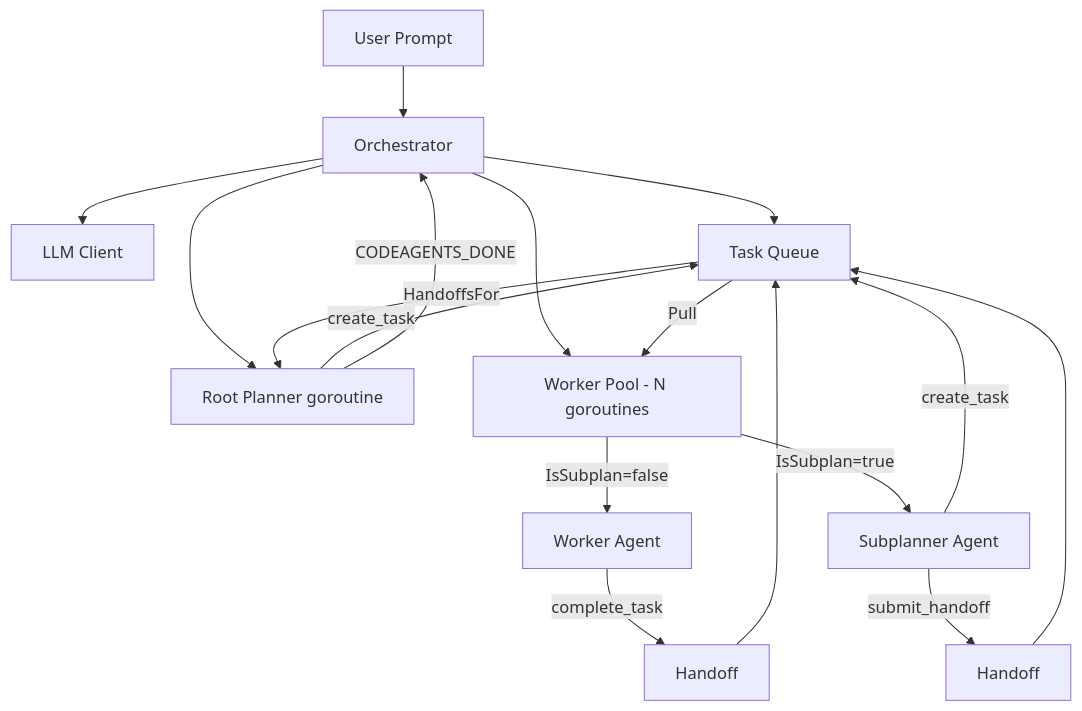
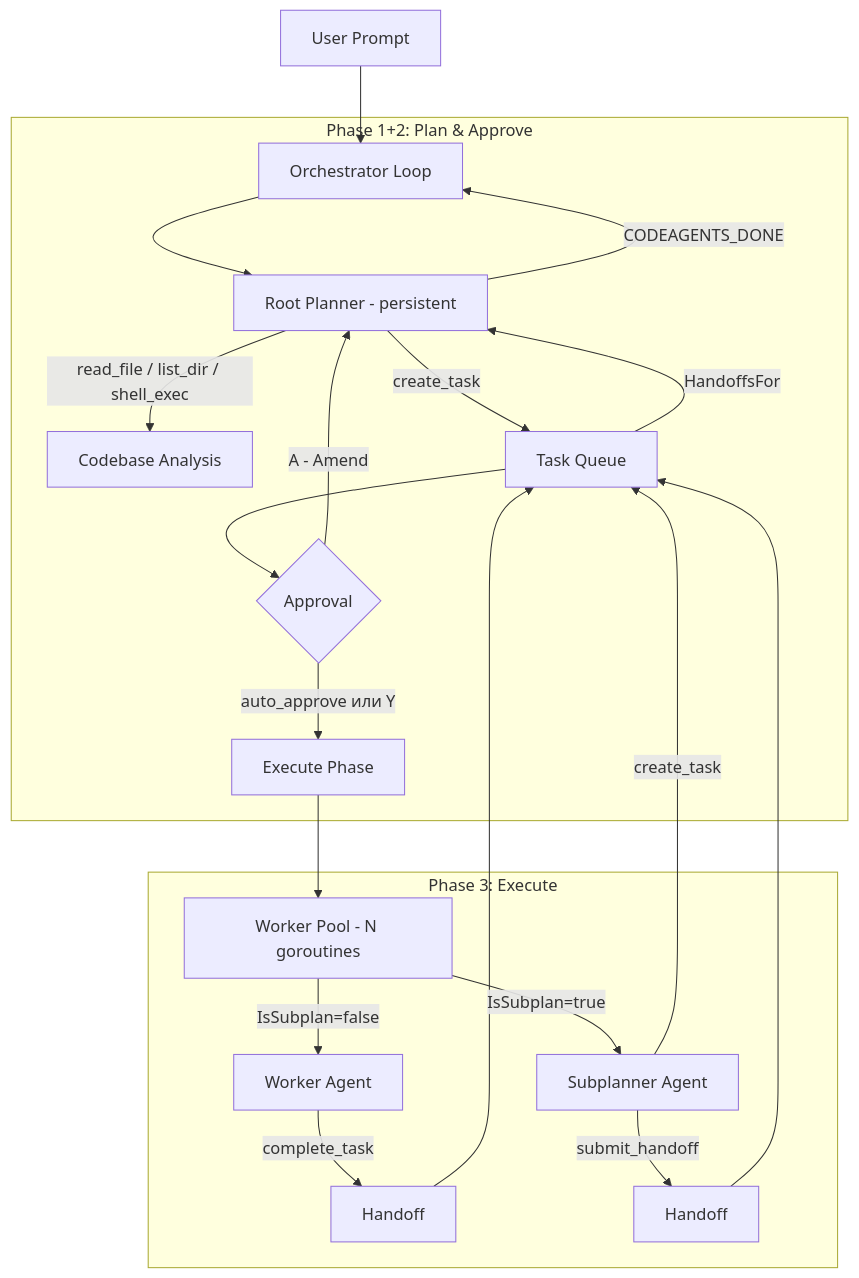
The first of 2 diagrams in docs/architecture.md (kelnmaari/code-agents), drawn with Mermaid before and after one commit. The commit also changed 3 other files, not shown here.

````diff
--- a/docs/architecture.md
+++ b/docs/architecture.md
@@ -61,24 +61,28 @@
 ```mermaid
 graph TD
-    UP[User Prompt] --> O[Orchestrator]
-    O --> LC[LLM Client]
-    O --> TQ[Task Queue]
-    O --> RP[Root Planner goroutine]
-    O --> WP[Worker Pool - N goroutines]
+    UP[User Prompt] --> O[Orchestrator Loop]
 
-    RP -->|create_task| TQ
-    TQ -->|Pull| WP
+    subgraph "Phase 1+2: Plan & Approve"
+        O --> RP[Root Planner - persistent]
+        RP -->|read_file / list_dir / shell_exec| CB[Codebase Analysis]
+        RP -->|create_task| TQ[Task Queue]
+        TQ --> AP{Approval}
+        AP -->|auto_approve или Y| EXEC[Execute Phase]
+        AP -->|A - Amend| RP
+    end
 
-    WP -->|IsSubplan=false| W[Worker Agent]
-    WP -->|IsSubplan=true| SP[Subplanner Agent]
+    subgraph "Phase 3: Execute"
+        EXEC --> WP[Worker Pool - N goroutines]
+        WP -->|IsSubplan=false| W[Worker Agent]
+        WP -->|IsSubplan=true| SP[Subplanner Agent]
 
-    W -->|complete_task| H1[Handoff]
-    SP -->|submit_handoff| H2[Handoff]
-    SP -->|create_task| TQ
+        W -->|complete_task| H1[Handoff]
+        SP -->|submit_handoff| H2[Handoff]
+        SP -->|create_task| TQ
+    end
 
     H1 --> TQ
     H2 --> TQ
-
     TQ -->|HandoffsFor| RP
     RP -->|CODEAGENTS_DONE| O
 ```
````
